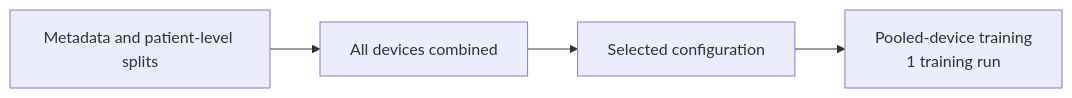
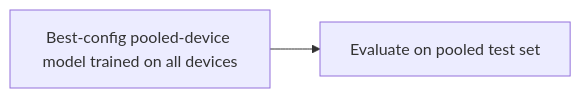
Before and after one commit to anywheredoor/phonocardiogram-lvef-deeplearning: the third of 3 diagrams in README.md, drawn with Mermaid. The commit also changed other lines of this file and 1 other file, not shown here.

Commit message:
Update README setup note and citation metadata

````diff
--- a/README.md
+++ b/README.md
@@ -146,6 +164,4 @@
 ```mermaid
 flowchart LR
-    A["Metadata and patient-level splits"] --> B["All devices combined"]
-    B --> C["Selected configuration"]
-    C --> D["Pooled-device training<br/>1 training run"]
+    A["Best-config pooled-device model trained on all devices"] --> B["Evaluate on pooled test set"]
 ```
````
